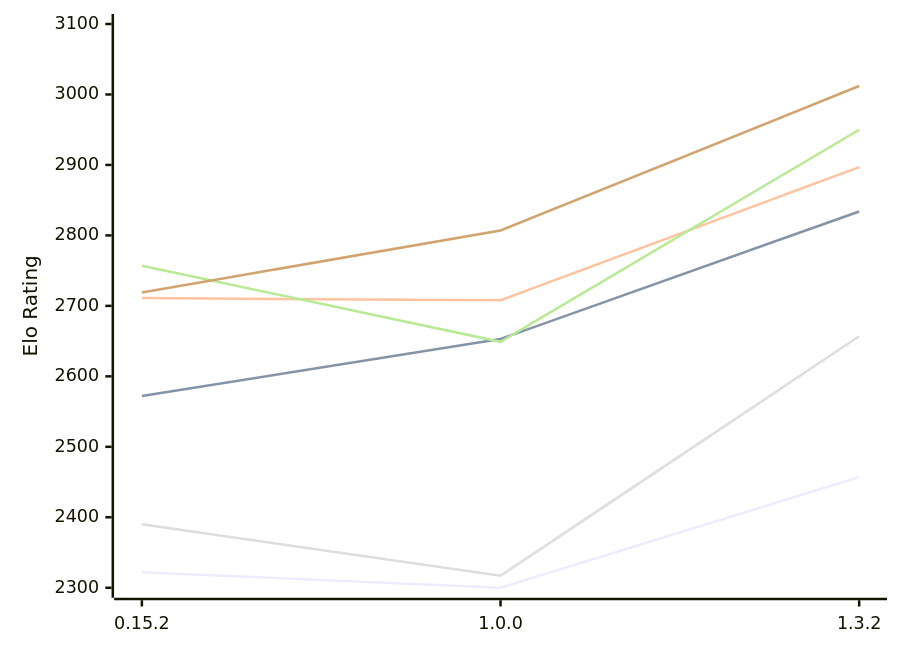
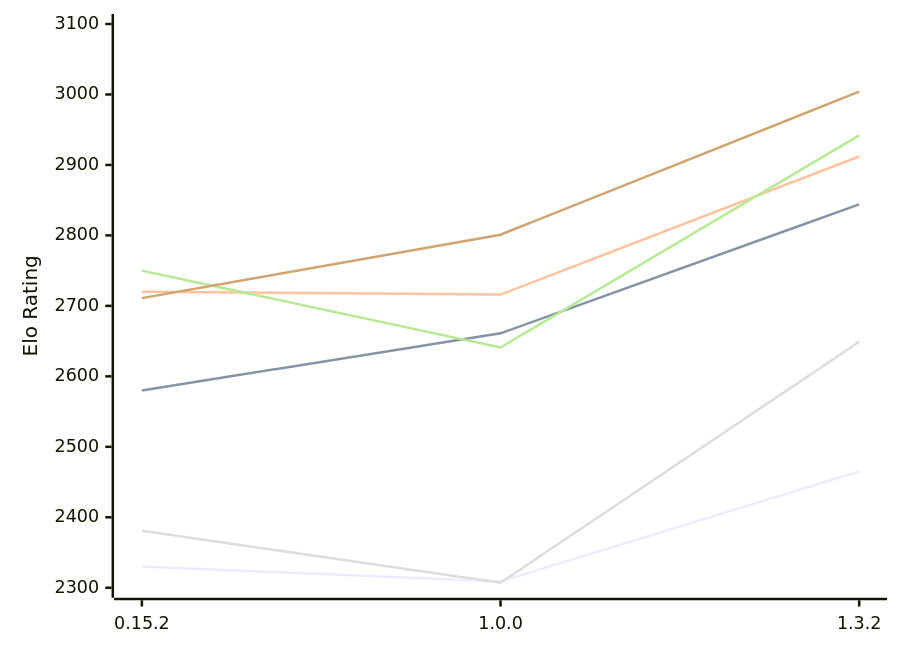
The diagram in engines/ElephantGambit.md (computer-chess-index/cci), drawn with Mermaid before and after one commit. The commit also changed other lines of this file, not shown here.

Commit message:
Update CCI Ratings (ELO VLTC) - 2026-11-06

````diff
--- a/engines/ElephantGambit.md
+++ b/engines/ElephantGambit.md
@@ -52,12 +52,12 @@
 ```mermaid
 %%{init: {"theme":"base","themeVariables":{"seriesColors:['#a3a3a3','#222221','#faa371']}}}%%
 xychart-beta
   x-axis ["0.15.2", "1.0.0", "1.3.2"]
   y-axis "Elo Rating" 2300 --> 3100
-  line "E1: STC (8.0+0.08s)" [2322, 2300, 2457]
-  line "E1: LTC (60.0+0.60s)" [2572, 2653, 2834]
-  line "E1: VLTC (2m24s+1.12s)" [2711, 2708, 2897]
-  line "P1: STC (8.0+0.08s)" [2390, 2317, 2657]
-  line "P1: LTC (60.0+0.60s)" [2757, 2649, 2950]
-  line "P1: VLTC (2m24s+1.12s)" [2719, 2807, 3012]
+  line "E1: STC (8.0+0.08s)" [2330, 2309, 2465]
+  line "E1: LTC (60.0+0.60s)" [2580, 2661, 2844]
+  line "E1: VLTC (2m24s+1.12s)" [2720, 2716, 2912]
+  line "P1: STC (8.0+0.08s)" [2381, 2307, 2649]
+  line "P1: LTC (60.0+0.60s)" [2750, 2641, 2942]
+  line "P1: VLTC (2m24s+1.12s)" [2711, 2801, 3004]
 ```
````
